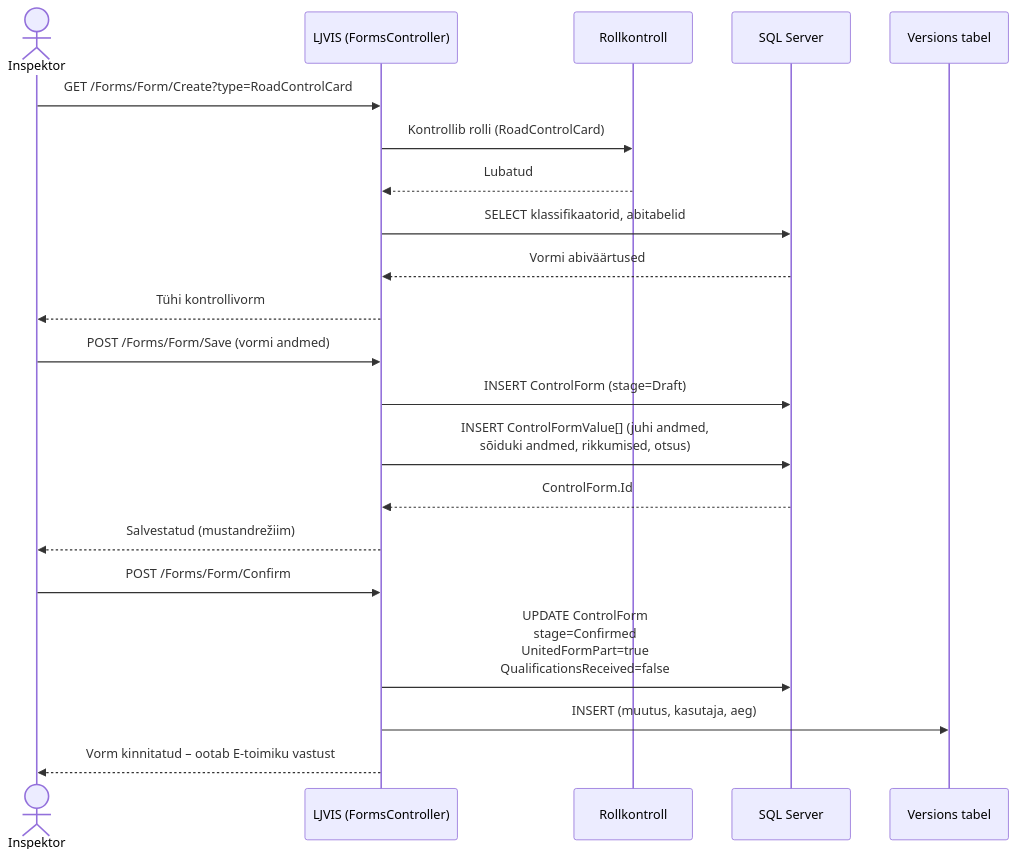
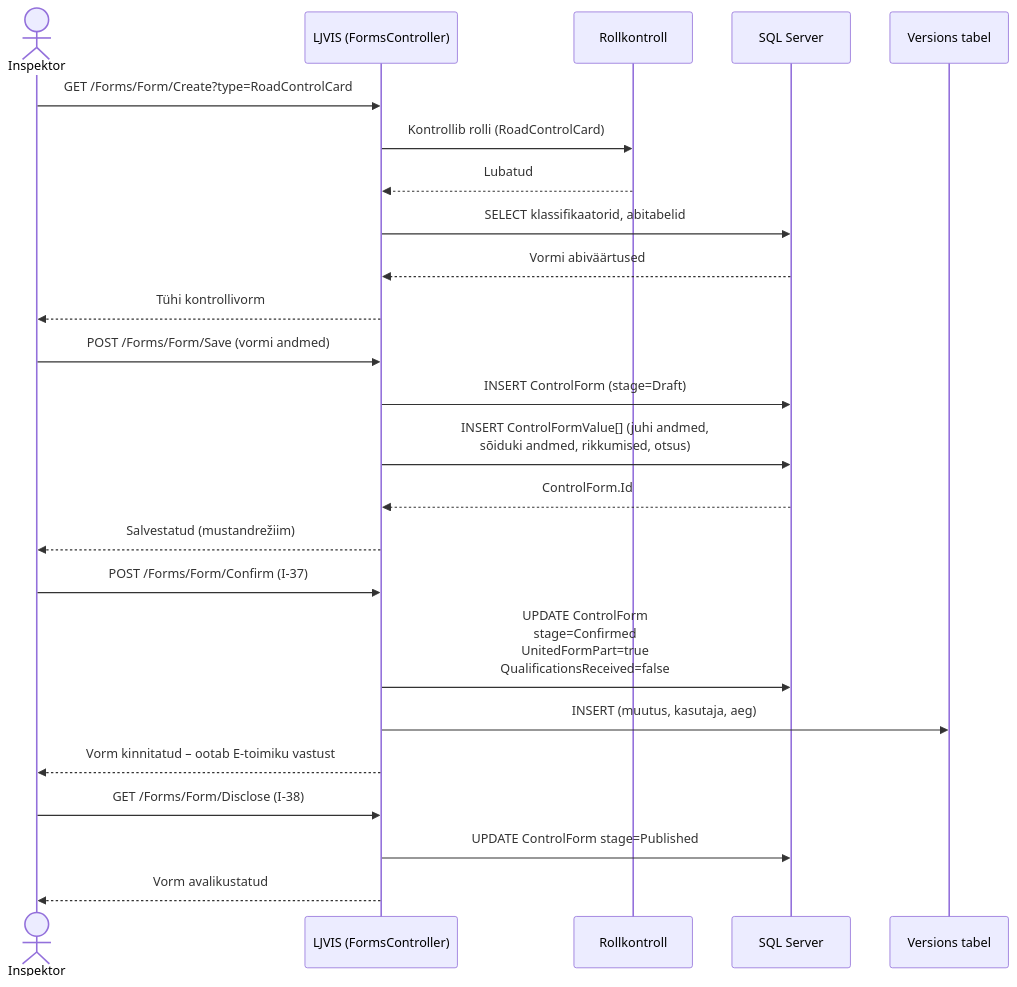
Before and after one commit to kemit-ee/ljvis-2: the fifth of 19 diagrams in architecture/use-cases.md, drawn with Mermaid. The commit also changed other lines of this file, not shown here.

````diff
--- a/architecture/use-cases.md
+++ b/architecture/use-cases.md
@@ -391,27 +414,31 @@
 ```mermaid
 sequenceDiagram
     actor Inspektor
     participant UI as LJVIS (FormsController)
     participant Auth as Rollkontroll
     participant DB as SQL Server
     participant Versions as Versions tabel
 
     Inspektor->>UI: GET /Forms/Form/Create?type=RoadControlCard
     UI->>Auth: Kontrollib rolli (RoadControlCard)
     Auth-->>UI: Lubatud
 
     UI->>DB: SELECT klassifikaatorid, abitabelid
     DB-->>UI: Vormi abiväärtused
     UI-->>Inspektor: Tühi kontrollivorm
 
     Inspektor->>UI: POST /Forms/Form/Save (vormi andmed)
     UI->>DB: INSERT ControlForm (stage=Draft)
     UI->>DB: INSERT ControlFormValue[] (juhi andmed,<br/>sõiduki andmed, rikkumised, otsus)
     DB-->>UI: ControlForm.Id
     UI-->>Inspektor: Salvestatud (mustandrežiim)
 
-    Inspektor->>UI: POST /Forms/Form/Confirm
+    Inspektor->>UI: POST /Forms/Form/Confirm (I-37)
     UI->>DB: UPDATE ControlForm<br/>stage=Confirmed<br/>UnitedFormPart=true<br/>QualificationsReceived=false
     UI->>Versions: INSERT (muutus, kasutaja, aeg)
     UI-->>Inspektor: Vorm kinnitatud – ootab E-toimiku vastust
+
+    Inspektor->>UI: GET /Forms/Form/Disclose (I-38)
+    UI->>DB: UPDATE ControlForm stage=Published
+    UI-->>Inspektor: Vorm avalikustatud
 ```
````
